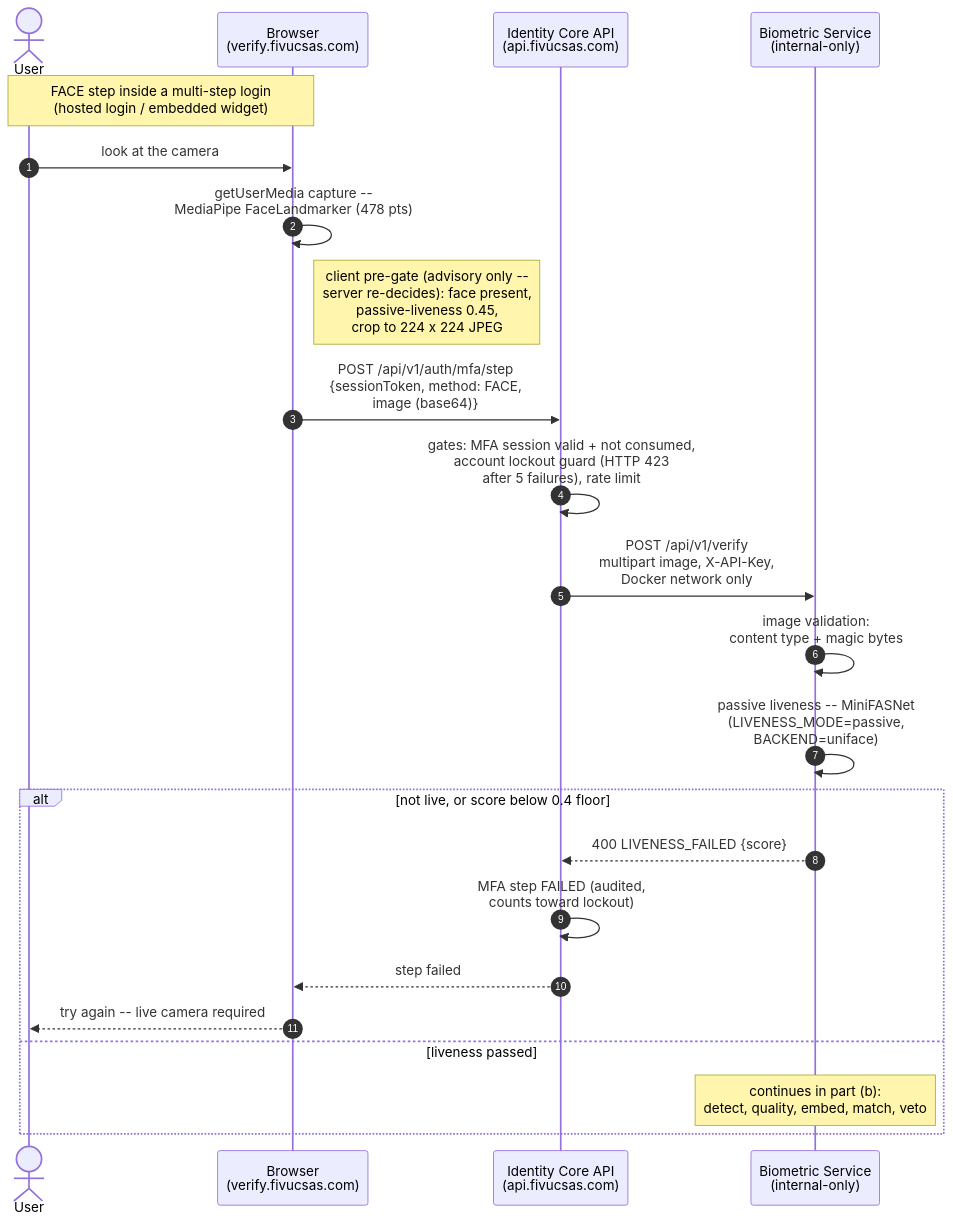
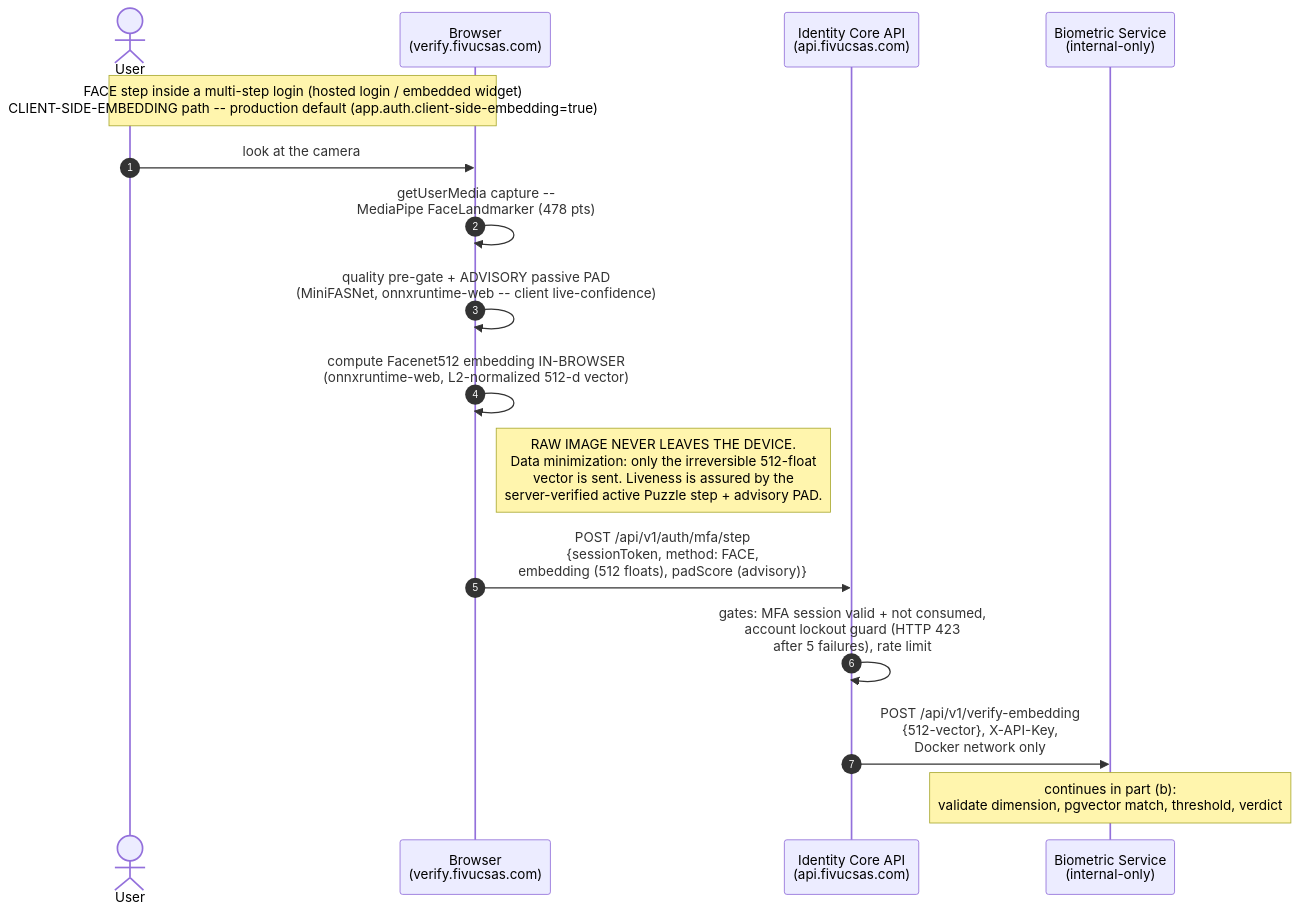
One commit to Rollingcat-Software/FIVUCSAS changed the diagram in Thesis/build/figures/src/verify_sequence_a.mmd. Above: the diagram before and after it, drawn with Mermaid. The commit also changed 22 other files, not shown here.

```diff
--- a/Thesis/build/figures/src/verify_sequence_a.mmd
+++ b/Thesis/build/figures/src/verify_sequence_a.mmd
@@ -1,29 +1,20 @@
 sequenceDiagram
     autonumber
     actor U as User
     participant W as Browser<br/>(verify.fivucsas.com)
     participant API as Identity Core API<br/>(api.fivucsas.com)
     participant BIO as Biometric Service<br/>(internal-only)
 
-    note over U,W: FACE step inside a multi-step login<br/>(hosted login / embedded widget)
+    note over U,W: FACE step inside a multi-step login (hosted login / embedded widget)<br/>CLIENT-SIDE-EMBEDDING path -- production default (app.auth.client-side-embedding=true)
 
     U->>W: look at the camera
     W->>W: getUserMedia capture --<br/>MediaPipe FaceLandmarker (478 pts)
-    note right of W: client pre-gate (advisory only --<br/>server re-decides): face present,<br/>passive-liveness 0.45,<br/>crop to 224 x 224 JPEG
+    W->>W: quality pre-gate + ADVISORY passive PAD<br/>(MiniFASNet, onnxruntime-web -- client live-confidence)
+    W->>W: compute Facenet512 embedding IN-BROWSER<br/>(onnxruntime-web, L2-normalized 512-d vector)
+    note right of W: RAW IMAGE NEVER LEAVES THE DEVICE.<br/>Data minimization: only the irreversible 512-float<br/>vector is sent. Liveness is assured by the<br/>server-verified active Puzzle step + advisory PAD.
 
-    W->>API: POST /api/v1/auth/mfa/step<br/>{sessionToken, method: FACE,<br/>image (base64)}
+    W->>API: POST /api/v1/auth/mfa/step<br/>{sessionToken, method: FACE,<br/>embedding (512 floats), padScore (advisory)}
     API->>API: gates: MFA session valid + not consumed,<br/>account lockout guard (HTTP 423<br/>after 5 failures), rate limit
 
-    API->>BIO: POST /api/v1/verify<br/>multipart image, X-API-Key,<br/>Docker network only
-    BIO->>BIO: image validation:<br/>content type + magic bytes
-
-    BIO->>BIO: passive liveness -- MiniFASNet<br/>(LIVENESS_MODE=passive,<br/>BACKEND=uniface)
-
-    alt not live, or score below 0.4 floor
-        BIO-->>API: 400 LIVENESS_FAILED {score}
-        API->>API: MFA step FAILED (audited,<br/>counts toward lockout)
-        API-->>W: step failed
-        W-->>U: try again -- live camera required
-    else liveness passed
-        note over BIO: continues in part (b):<br/>detect, quality, embed, match, veto
-    end
+    API->>BIO: POST /api/v1/verify-embedding<br/>{512-vector}, X-API-Key,<br/>Docker network only
+    note over BIO: continues in part (b):<br/>validate dimension, pgvector match, threshold, verdict
```
